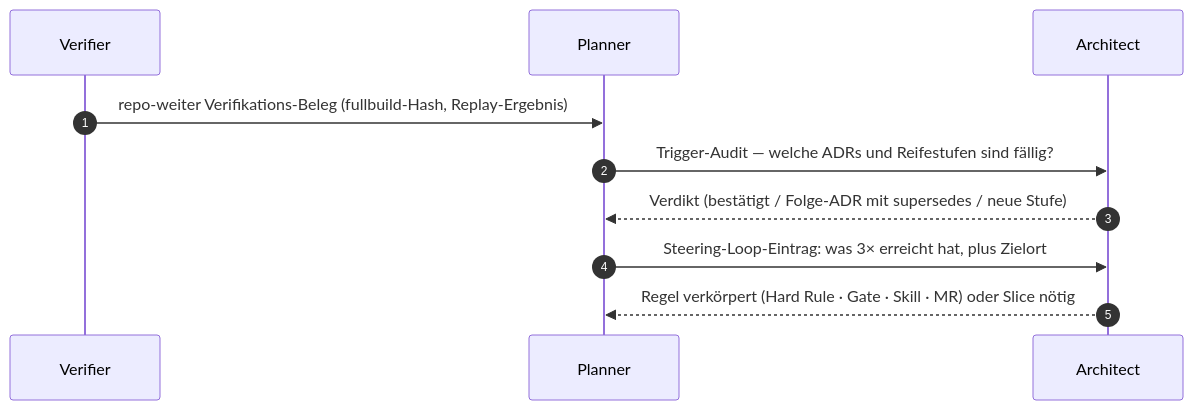
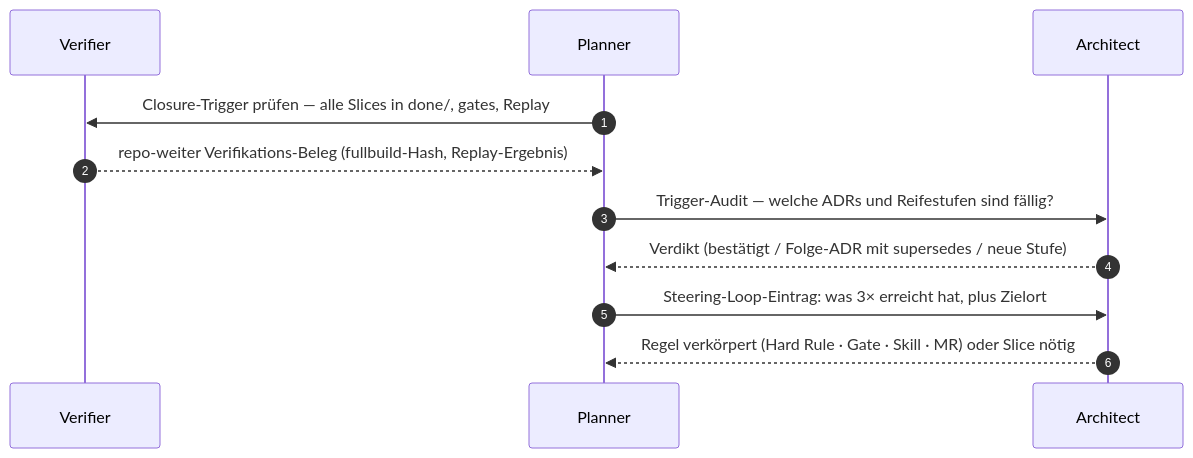
One commit to pt9912/ai-harness-course changed the second of 3 diagrams in kurs/de/03-agenten/modul-08-agentenrollen.md. Above: the diagram before and after it, drawn with Mermaid. The commit also changed other lines of this file and 4 other files, not shown here.

````diff
--- a/kurs/de/03-agenten/modul-08-agentenrollen.md
+++ b/kurs/de/03-agenten/modul-08-agentenrollen.md
@@ -103,13 +105,14 @@
 ```mermaid
 sequenceDiagram
     autonumber
     participant Vf as Verifier
     participant P as Planner
     participant A as Architect
 
-    Vf->>P: repo-weiter Verifikations-Beleg (fullbuild-Hash, Replay-Ergebnis)
+    P->>Vf: Closure-Trigger prüfen — alle Slices in done/, gates, Replay
+    Vf-->>P: repo-weiter Verifikations-Beleg (fullbuild-Hash, Replay-Ergebnis)
     P->>A: Trigger-Audit — welche ADRs und Reifestufen sind fällig?
     A-->>P: Verdikt (bestätigt / Folge-ADR mit supersedes / neue Stufe)
     P->>A: Steering-Loop-Eintrag: was 3× erreicht hat, plus Zielort
     A-->>P: Regel verkörpert (Hard Rule · Gate · Skill · MR) oder Slice nötig
 ```
````
